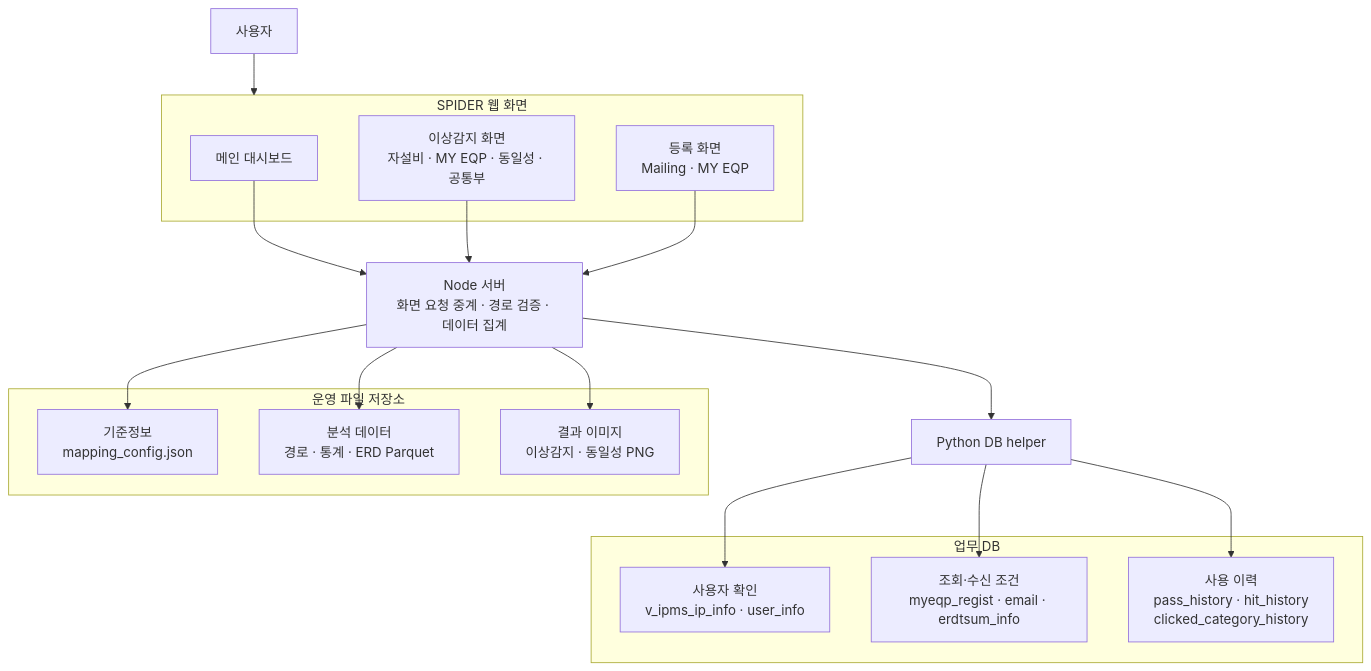
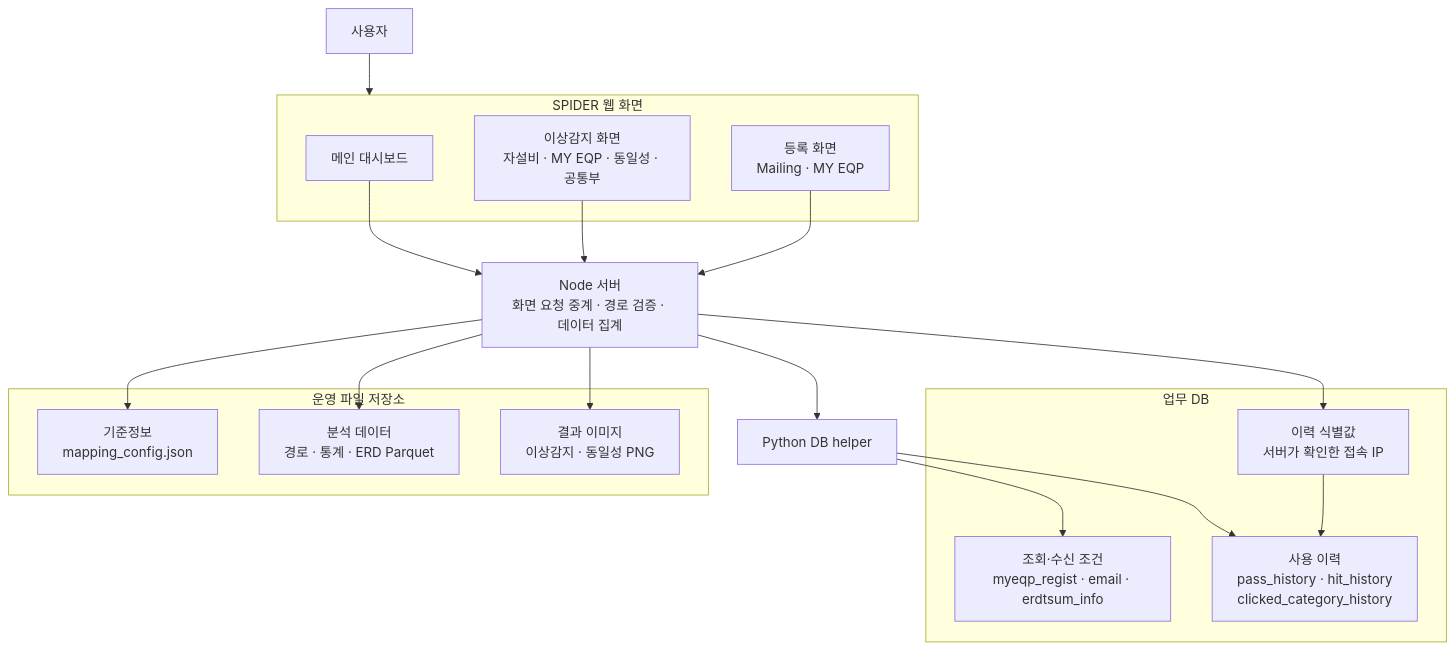
One commit to mlbarod/l0_spider_scs changed the first of 12 diagrams in web_structure.md. Above: the diagram before and after it, drawn with Mermaid. The commit also changed other lines of this file and 25 other files, not shown here.

````diff
--- a/web_structure.md
+++ b/web_structure.md
@@ -17,40 +17,41 @@
 ```mermaid
 flowchart TB
     USER["사용자"]
 
     subgraph WEB["SPIDER 웹 화면"]
         MAIN["메인 대시보드"]
         ANOMALY["이상감지 화면<br/>자설비 · MY EQP · 동일성 · 공통부"]
         REGISTER["등록 화면<br/>Mailing · MY EQP"]
     end
 
     SERVER["Node 서버<br/>화면 요청 중계 · 경로 검증 · 데이터 집계"]
 
     subgraph STORAGE["운영 파일 저장소"]
         CONFIG["기준정보<br/>mapping_config.json"]
         PARQUET["분석 데이터<br/>경로 · 통계 · ERD Parquet"]
         IMAGE["결과 이미지<br/>이상감지 · 동일성 PNG"]
     end
 
     PYTHON["Python DB helper"]
 
     subgraph DATABASE["업무 DB"]
-        USERDB["사용자 확인<br/>v_ipms_ip_info · user_info"]
+        CLIENTIP["이력 식별값<br/>서버가 확인한 접속 IP"]
         CONDITION["조회·수신 조건<br/>myeqp_regist · email · erdtsum_info"]
         HISTORY["사용 이력<br/>pass_history · hit_history<br/>clicked_category_history"]
     end
 
     USER --> WEB
     MAIN --> SERVER
     ANOMALY --> SERVER
     REGISTER --> SERVER
 
     SERVER --> CONFIG
     SERVER --> PARQUET
     SERVER --> IMAGE
     SERVER --> PYTHON
 
-    PYTHON --> USERDB
+    SERVER --> CLIENTIP
+    CLIENTIP --> HISTORY
     PYTHON --> CONDITION
     PYTHON --> HISTORY
 ```
````
